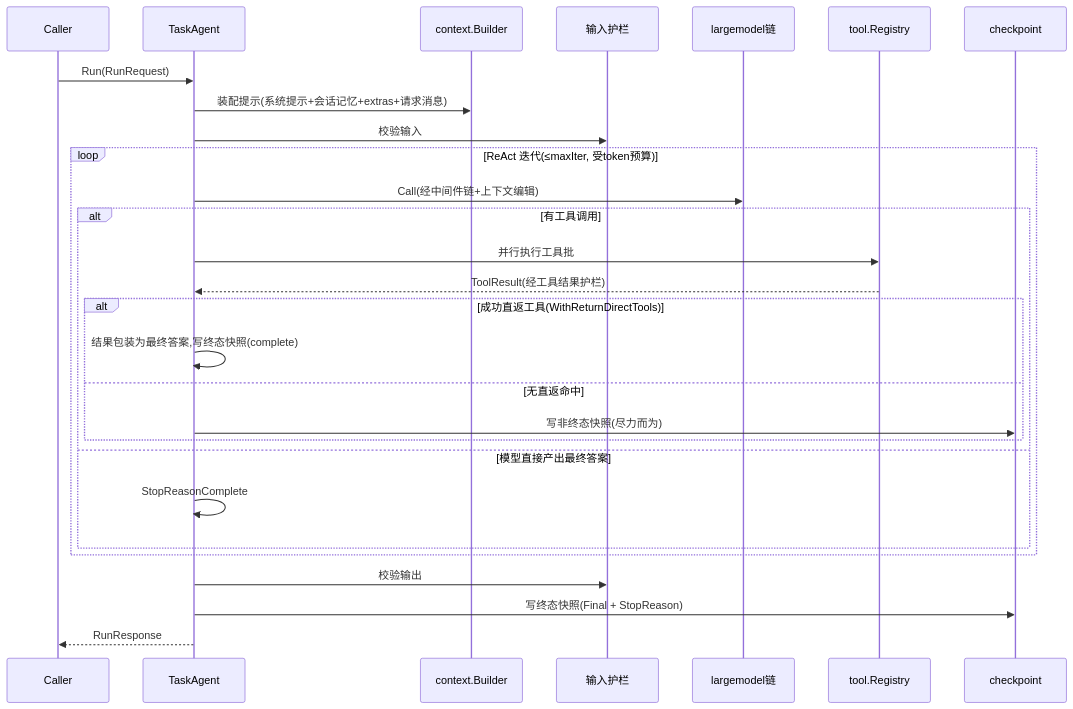
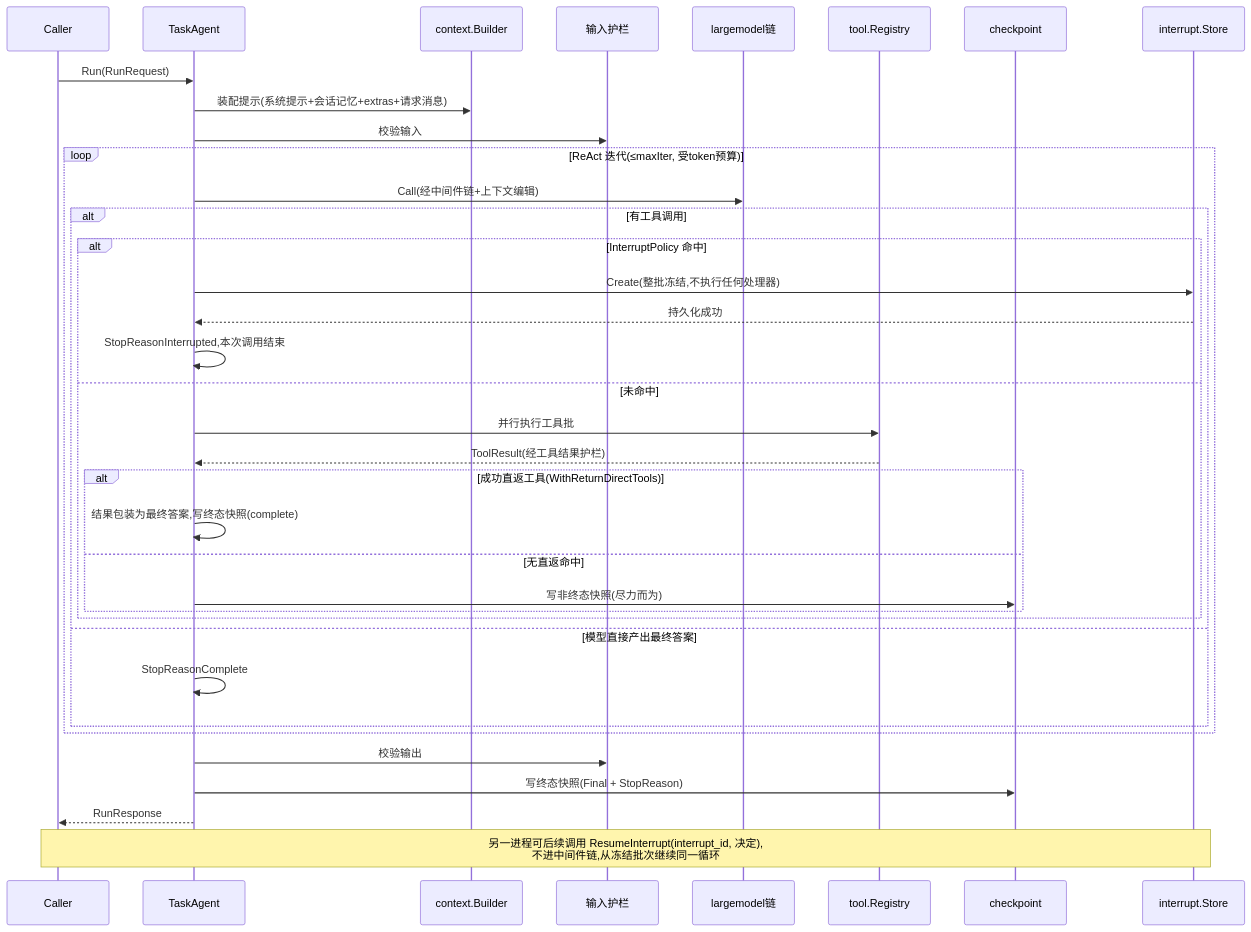
Before and after one commit to vogo/vage: the second of 2 diagrams in doc/architecture/architecture.md, drawn with Mermaid. The commit also changed other lines of this file and 28 other files, not shown here.

Commit message:
feat: 跨进程 Interrupt/Resume（架构立项）

````diff
--- a/doc/architecture/architecture.md
+++ b/doc/architecture/architecture.md
@@ -60,31 +61,41 @@
 ```mermaid
 sequenceDiagram
     participant Caller
     participant Task as TaskAgent
     participant Ctx as context.Builder
     participant Guard as 输入护栏
     participant LLM as largemodel链
     participant Tool as tool.Registry
     participant CP as checkpoint
+    participant IR as interrupt.Store
 
     Caller->>Task: Run(RunRequest)
     Task->>Ctx: 装配提示(系统提示+会话记忆+extras+请求消息)
     Task->>Guard: 校验输入
     loop ReAct 迭代(≤maxIter, 受token预算)
         Task->>LLM: Call(经中间件链+上下文编辑)
         alt 有工具调用
-            Task->>Tool: 并行执行工具批
-            Tool-->>Task: ToolResult(经工具结果护栏)
-            alt 成功直返工具(WithReturnDirectTools)
-                Task->>Task: 结果包装为最终答案,写终态快照(complete)
-            else 无直返命中
-                Task->>CP: 写非终态快照(尽力而为)
+            alt InterruptPolicy 命中
+                Task->>IR: Create(整批冻结,不执行任何处理器)
+                IR-->>Task: 持久化成功
+                Task->>Task: StopReasonInterrupted,本次调用结束
+            else 未命中
+                Task->>Tool: 并行执行工具批
+                Tool-->>Task: ToolResult(经工具结果护栏)
+                alt 成功直返工具(WithReturnDirectTools)
+                    Task->>Task: 结果包装为最终答案,写终态快照(complete)
+                else 无直返命中
+                    Task->>CP: 写非终态快照(尽力而为)
+                end
             end
         else 模型直接产出最终答案
             Task->>Task: StopReasonComplete
         end
     end
     Task->>Guard: 校验输出
     Task->>CP: 写终态快照(Final + StopReason)
     Task-->>Caller: RunResponse
+
+    Note over Caller,IR: 另一进程可后续调用 ResumeInterrupt(interrupt_id, 决定),<br/>不进中间件链,从冻结批次继续同一循环
+
 ```
````
